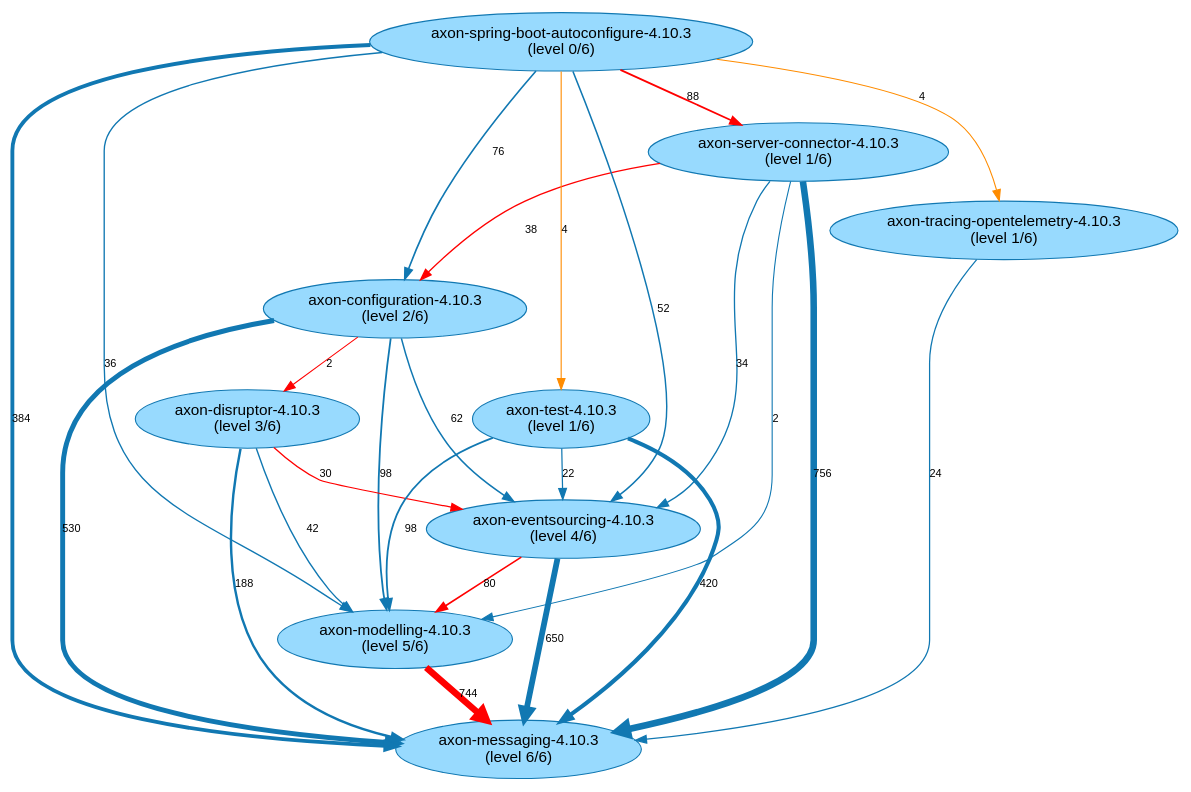
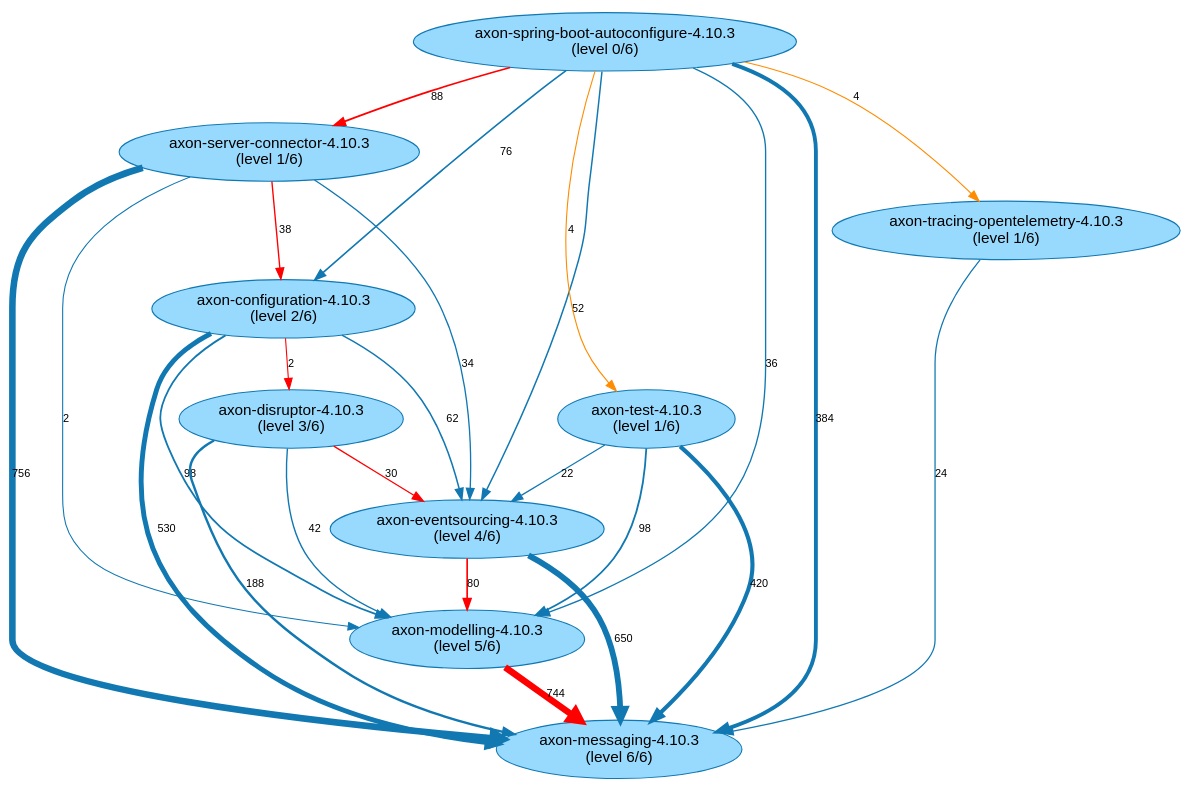
One commit to JohT/code-graph-analysis-pipeline changed the diagram in results/AxonFramework-4.10.3/path-finding-visualization/JavaArtifactLongestPaths.gv. Above: the diagram before and after it, drawn with Graphviz. The commit also changed other lines of this file and 159 other files, not shown here.

```diff
--- a/results/AxonFramework-4.10.3/path-finding-visualization/JavaArtifactLongestPaths.gv
+++ b/results/AxonFramework-4.10.3/path-finding-visualization/JavaArtifactLongestPaths.gv
@@ -1,37 +1,37 @@
 // This GraphViz dot file was generated by the script convertQueryResultCsvToGraphVizDotFile.sh with default.template
 
 strict digraph JavaArtifactLongestPaths {
     fontname = "Helvetica,Arial,sans-serif";
     node [fontname = "Helvetica,Arial,sans-serif";];
     edge [fontname = "Helvetica,Arial,sans-serif"; fontsize = 10;];
     node [style = filled; fillcolor = "0.560 0.400 0.999";];
     node [color = "0.560 0.900 0.700";];
     edge [color = "0.560 0.900 0.700";];
+	"axon-server-connector-4.10.3\n(level 1/6)" -> "axon-messaging-4.10.3\n(level 6/6)" [label=756; penwidth=6.0; ];
+	"axon-server-connector-4.10.3\n(level 1/6)" -> "axon-eventsourcing-4.10.3\n(level 4/6)" [label=34; penwidth=1.21; ];
+	"axon-server-connector-4.10.3\n(level 1/6)" -> "axon-configuration-4.10.3\n(level 2/6)" [label=38; penwidth=1.24; color="red"; ];
+	"axon-server-connector-4.10.3\n(level 1/6)" -> "axon-modelling-4.10.3\n(level 5/6)" [label=2; penwidth=1.0; ];
+	"axon-configuration-4.10.3\n(level 2/6)" -> "axon-messaging-4.10.3\n(level 6/6)" [label=530; penwidth=4.5; ];
 	"axon-configuration-4.10.3\n(level 2/6)" -> "axon-eventsourcing-4.10.3\n(level 4/6)" [label=62; penwidth=1.4; ];
 	"axon-configuration-4.10.3\n(level 2/6)" -> "axon-modelling-4.10.3\n(level 5/6)" [label=98; penwidth=1.64; ];
-	"axon-configuration-4.10.3\n(level 2/6)" -> "axon-messaging-4.10.3\n(level 6/6)" [label=530; penwidth=4.5; ];
 	"axon-configuration-4.10.3\n(level 2/6)" -> "axon-disruptor-4.10.3\n(level 3/6)" [label=2; penwidth=1.0; color="red"; ];
+	"axon-disruptor-4.10.3\n(level 3/6)" -> "axon-messaging-4.10.3\n(level 6/6)" [label=188; penwidth=2.23; ];
+	"axon-disruptor-4.10.3\n(level 3/6)" -> "axon-modelling-4.10.3\n(level 5/6)" [label=42; penwidth=1.27; ];
+	"axon-disruptor-4.10.3\n(level 3/6)" -> "axon-eventsourcing-4.10.3\n(level 4/6)" [label=30; penwidth=1.19; color="red"; ];
 	"axon-eventsourcing-4.10.3\n(level 4/6)" -> "axon-messaging-4.10.3\n(level 6/6)" [label=650; penwidth=5.3; ];
 	"axon-eventsourcing-4.10.3\n(level 4/6)" -> "axon-modelling-4.10.3\n(level 5/6)" [label=80; penwidth=1.52; color="red"; ];
-	"axon-server-connector-4.10.3\n(level 1/6)" -> "axon-messaging-4.10.3\n(level 6/6)" [label=756; penwidth=6.0; ];
-	"axon-server-connector-4.10.3\n(level 1/6)" -> "axon-configuration-4.10.3\n(level 2/6)" [label=38; penwidth=1.24; color="red"; ];
-	"axon-server-connector-4.10.3\n(level 1/6)" -> "axon-eventsourcing-4.10.3\n(level 4/6)" [label=34; penwidth=1.21; ];
-	"axon-server-connector-4.10.3\n(level 1/6)" -> "axon-modelling-4.10.3\n(level 5/6)" [label=2; penwidth=1.0; ];
-	"axon-spring-boot-autoconfigure-4.10.3\n(level 0/6)" -> "axon-messaging-4.10.3\n(level 6/6)" [label=384; penwidth=3.53; ];
+	"axon-modelling-4.10.3\n(level 5/6)" -> "axon-messaging-4.10.3\n(level 6/6)" [label=744; penwidth=5.92; color="red"; ];
 	"axon-spring-boot-autoconfigure-4.10.3\n(level 0/6)" -> "axon-server-connector-4.10.3\n(level 1/6)" [label=88; penwidth=1.57; color="red"; ];
 	"axon-spring-boot-autoconfigure-4.10.3\n(level 0/6)" -> "axon-configuration-4.10.3\n(level 2/6)" [label=76; penwidth=1.49; ];
+	"axon-spring-boot-autoconfigure-4.10.3\n(level 0/6)" -> "axon-messaging-4.10.3\n(level 6/6)" [label=384; penwidth=3.53; ];
 	"axon-spring-boot-autoconfigure-4.10.3\n(level 0/6)" -> "axon-eventsourcing-4.10.3\n(level 4/6)" [label=52; penwidth=1.33; ];
 	"axon-spring-boot-autoconfigure-4.10.3\n(level 0/6)" -> "axon-modelling-4.10.3\n(level 5/6)" [label=36; penwidth=1.23; ];
 	"axon-spring-boot-autoconfigure-4.10.3\n(level 0/6)" -> "axon-test-4.10.3\n(level 1/6)" [label=4; penwidth=1.01; ];
 	"axon-spring-boot-autoconfigure-4.10.3\n(level 0/6)" -> "axon-tracing-opentelemetry-4.10.3\n(level 1/6)" [label=4; penwidth=1.01; ];
-	"axon-modelling-4.10.3\n(level 5/6)" -> "axon-messaging-4.10.3\n(level 6/6)" [label=744; penwidth=5.92; color="red"; ];
-	"axon-test-4.10.3\n(level 1/6)" -> "axon-messaging-4.10.3\n(level 6/6)" [label=420; penwidth=3.77; ];
 	"axon-test-4.10.3\n(level 1/6)" -> "axon-modelling-4.10.3\n(level 5/6)" [label=98; penwidth=1.64; ];
 	"axon-test-4.10.3\n(level 1/6)" -> "axon-eventsourcing-4.10.3\n(level 4/6)" [label=22; penwidth=1.13; ];
+	"axon-test-4.10.3\n(level 1/6)" -> "axon-messaging-4.10.3\n(level 6/6)" [label=420; penwidth=3.77; ];
 	"axon-tracing-opentelemetry-4.10.3\n(level 1/6)" -> "axon-messaging-4.10.3\n(level 6/6)" [label=24; penwidth=1.15; ];
-	"axon-disruptor-4.10.3\n(level 3/6)" -> "axon-messaging-4.10.3\n(level 6/6)" [label=188; penwidth=2.23; ];
-	"axon-disruptor-4.10.3\n(level 3/6)" -> "axon-modelling-4.10.3\n(level 5/6)" [label=42; penwidth=1.27; ];
-	"axon-disruptor-4.10.3\n(level 3/6)" -> "axon-eventsourcing-4.10.3\n(level 4/6)" [label=30; penwidth=1.19; color="red"; ];
 	"axon-spring-boot-autoconfigure-4.10.3\n(level 0/6)" -> "axon-test-4.10.3\n(level 1/6)" [label=4; penwidth=1.01; color="darkorange"; ];
 	"axon-spring-boot-autoconfigure-4.10.3\n(level 0/6)" -> "axon-tracing-opentelemetry-4.10.3\n(level 1/6)" [label=4; penwidth=1.01; color="darkorange"; ];
 }
```
